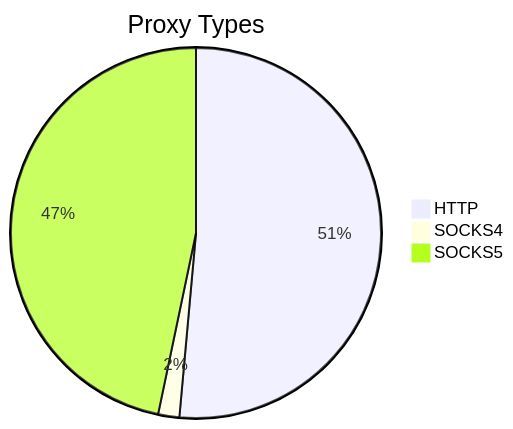
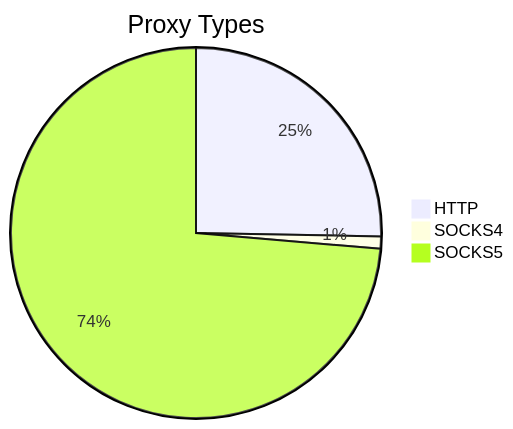
Before and after one commit to stormsia/proxy-list: the first of 2 diagrams in README.md, drawn with Mermaid. The commit also changed other lines of this file, not shown here.

````diff
--- a/README.md
+++ b/README.md
@@ -21,6 +21,6 @@
 ```mermaid
 pie title Proxy Types
-    "HTTP" : 807
-    "SOCKS4" : 29
-    "SOCKS5" : 733
+    "HTTP" : 214
+    "SOCKS4" : 9
+    "SOCKS5" : 623
 ```
````
